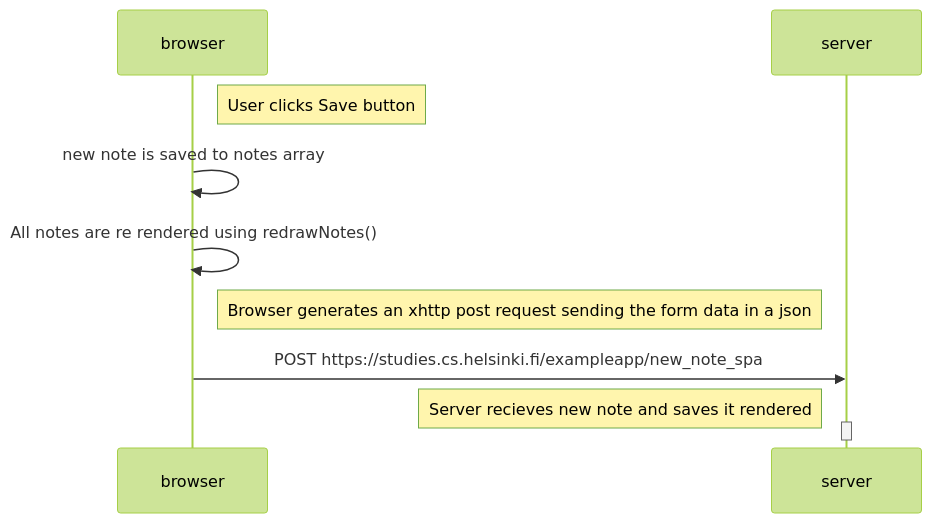
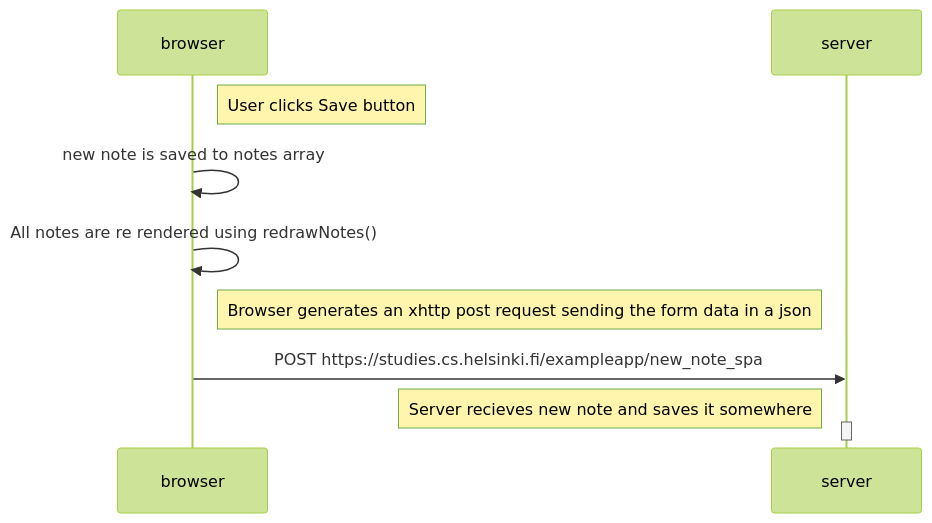
One commit to Javiergonb/Helsinki-Fullstack-Open-Ex changed the diagram in part0/0.6/spaSaveButtonProcess.md. Above: the diagram before and after it, drawn with Mermaid (forest theme).

````diff
--- a/part0/0.6/spaSaveButtonProcess.md
+++ b/part0/0.6/spaSaveButtonProcess.md
@@ -1,16 +1,16 @@
 ```mermaid
 sequenceDiagram
     participant browser
     participant server
 
     Note right of browser: User clicks Save button
     browser->>browser: new note is saved to notes array
     browser->>browser: All notes are re rendered using redrawNotes()
     Note right of browser: Browser generates an xhttp post request sending the form data in a json
     browser->> server: POST https://studies.cs.helsinki.fi/exampleapp/new_note_spa
-    Note left of server: Server recieves new note and saves it rendered
+    Note left of server: Server recieves new note and saves it somewhere
     activate server
     deactivate server
 
     
 ```
````
